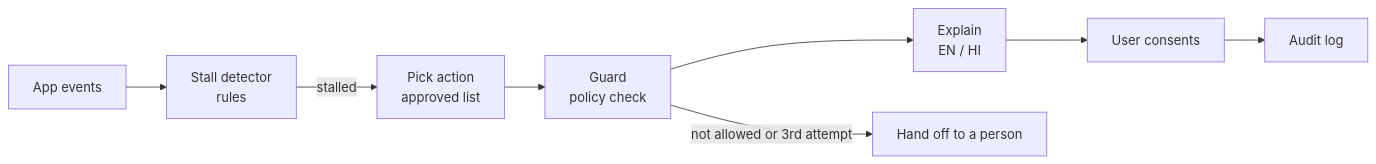
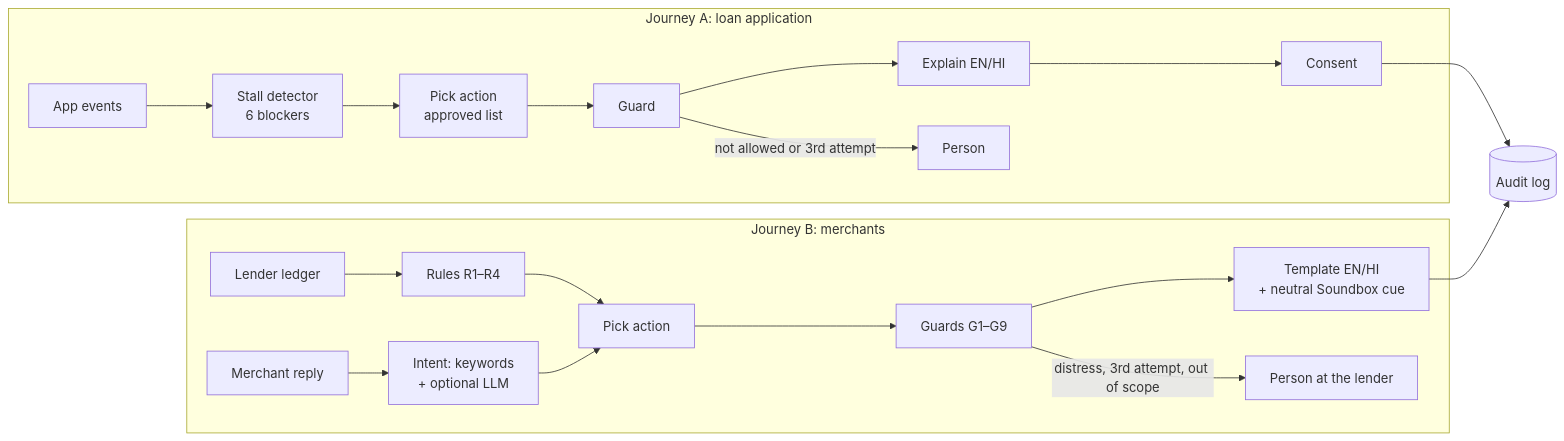
The diagram in PRESENTATION.md (Madhurtandon1/Pakka), drawn with Mermaid before and after one commit. The commit also changed other lines of this file and 11 other files, not shown here.

````diff
--- a/PRESENTATION.md
+++ b/PRESENTATION.md
@@ -60,10 +68,14 @@
 ```mermaid
 flowchart LR
-  A[App events] --> B[Stall detector<br/>rules]
-  B -->|stalled| C[Pick action<br/>approved list]
-  C --> D[Guard<br/>policy check]
-  D --> E[Explain<br/>EN / HI]
-  E --> F[User consents]
-  F --> G[Audit log]
-  D -->|not allowed or 3rd attempt| H[Hand off to a person]
+  subgraph A[Journey A: loan application]
+    A1[App events] --> A2[Stall detector<br/>6 blockers] --> A3[Pick action<br/>approved list] --> A4[Guard] --> A5[Explain EN/HI] --> A6[Consent]
+    A4 -->|not allowed or 3rd attempt| AH[Person]
+  end
+  subgraph B[Journey B: merchants]
+    B1[Lender ledger] --> B2[Rules R1–R4] --> B3[Pick action] --> B4[Guards G1–G9] --> B5[Template EN/HI<br/>+ neutral Soundbox cue]
+    B6[Merchant reply] --> B7[Intent: keywords<br/>+ optional LLM] --> B3
+    B4 -->|distress, 3rd attempt, out of scope| BH[Person at the lender]
+  end
+  A6 --> L[(Audit log)]
+  B5 --> L
 ```
````
